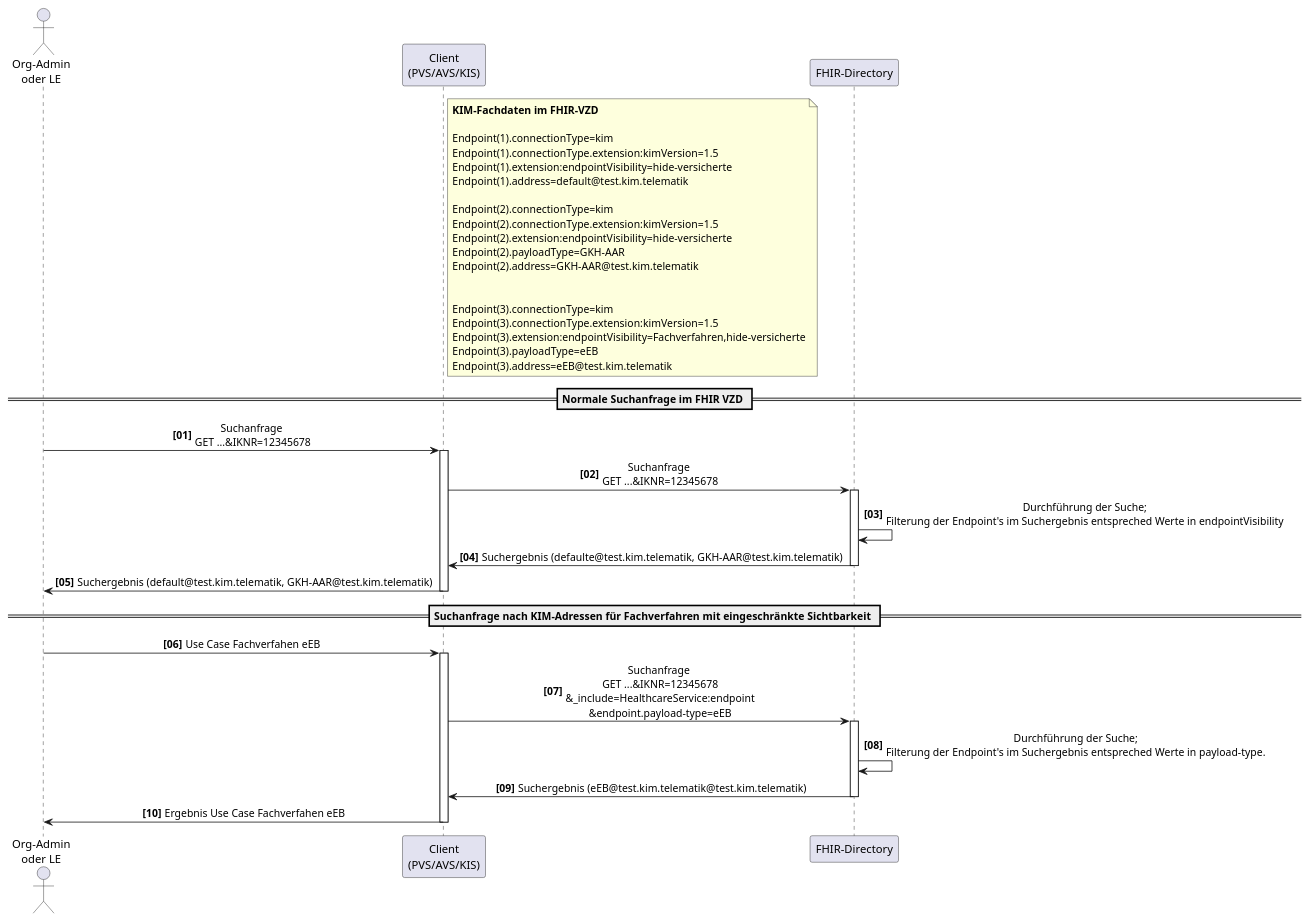
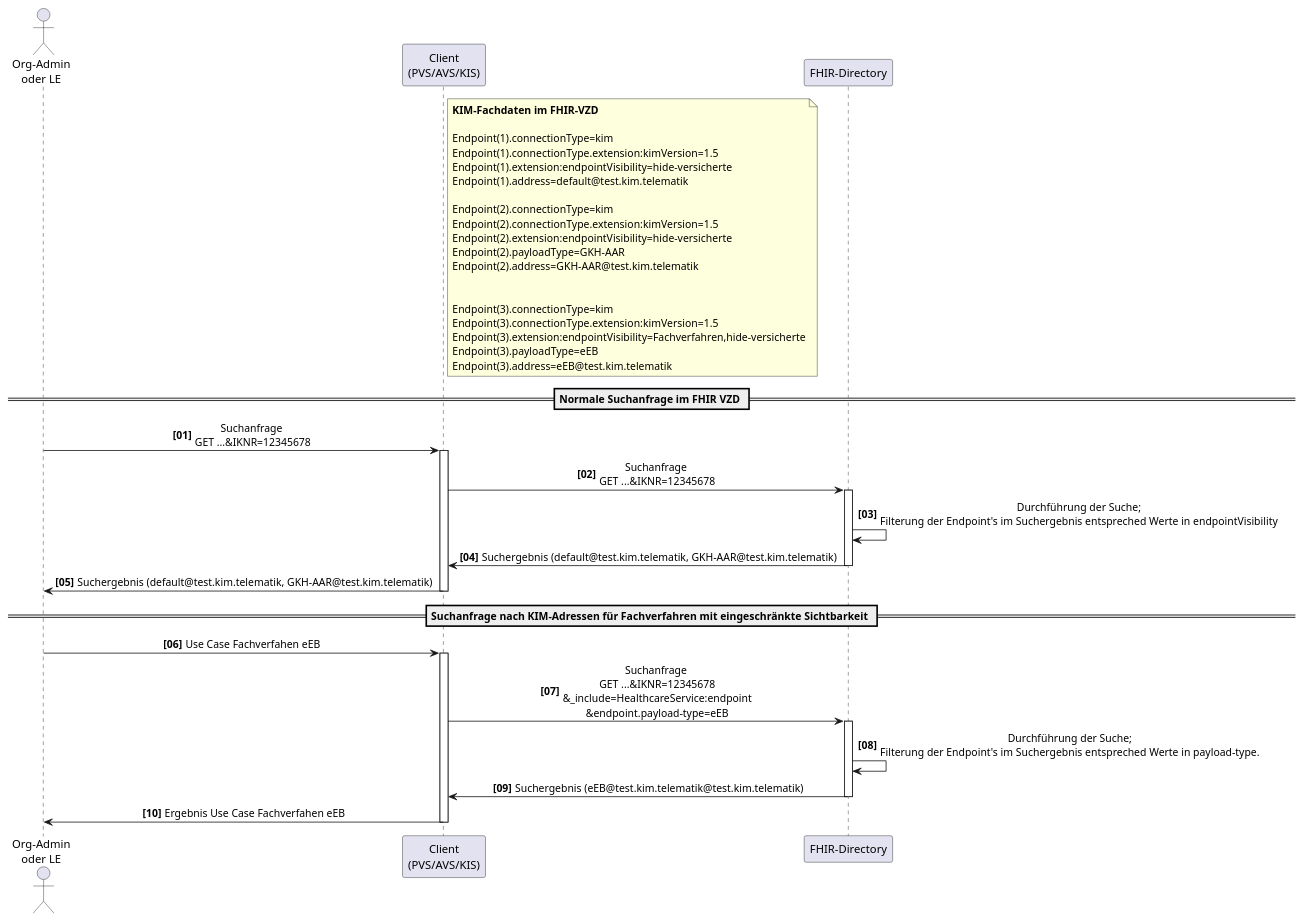
The diagram in src/plantuml/SequenceDiagram.FHIR_AF_10472_appTagSuche.puml (gematik/api-vzd), drawn with PlantUML before and after one commit.

```diff
--- a/src/plantuml/SequenceDiagram.FHIR_AF_10472_appTagSuche.puml
+++ b/src/plantuml/SequenceDiagram.FHIR_AF_10472_appTagSuche.puml
@@ -1,59 +1,59 @@
 @startuml
 skinparam dpi 100
 skinparam WrapWidth 200
 skinparam sequenceMessageAlign center
 autonumber "<b>[00]"
 
 'title "FHIR-Directory, Sequenzdiagram SSP Authenticate mit Passwort"
 actor o as "Org-Admin\noder LE"
 participant cl as "Client\n(PVS/AVS/KIS)"
 participant fd as "FHIR-Directory"
 
 note right of cl
 **KIM-Fachdaten im FHIR-VZD**
 
 Endpoint(1).connectionType=kim
 Endpoint(1).connectionType.extension:kimVersion=1.5
 Endpoint(1).extension:endpointVisibility=hide-versicherte
 Endpoint(1).address=default@test.kim.telematik
 
 Endpoint(2).connectionType=kim
 Endpoint(2).connectionType.extension:kimVersion=1.5
 Endpoint(2).extension:endpointVisibility=hide-versicherte
 Endpoint(2).payloadType=GKH-AAR
 Endpoint(2).address=GKH-AAR@test.kim.telematik
 
 
 Endpoint(3).connectionType=kim
 Endpoint(3).connectionType.extension:kimVersion=1.5
 Endpoint(3).extension:endpointVisibility=Fachverfahren,hide-versicherte
 Endpoint(3).payloadType=eEB
 Endpoint(3).address=eEB@test.kim.telematik
 end note
 
 == Normale Suchanfrage im FHIR VZD ==
 
 o -> cl: Suchanfrage \nGET ...&IKNR=12345678
 activate cl
 cl -> fd: Suchanfrage \nGET ...&IKNR=12345678
 activate fd
 fd -> fd: Durchführung der Suche;\nFilterung der Endpoint's im Suchergebnis entspreched Werte in endpointVisibility
-fd -> cl: Suchergebnis (defaulte@test.kim.telematik, GKH-AAR@test.kim.telematik)
+fd -> cl: Suchergebnis (default@test.kim.telematik, GKH-AAR@test.kim.telematik)
 deactivate fd
 cl -> o: Suchergebnis (default@test.kim.telematik, GKH-AAR@test.kim.telematik)
 deactivate cl
 
 
 == Suchanfrage nach KIM-Adressen für Fachverfahren mit eingeschränkte Sichtbarkeit ==
 
 o -> cl: Use Case Fachverfahen eEB
 activate cl
 cl -> fd: Suchanfrage \nGET ...&IKNR=12345678\n&_include=HealthcareService:endpoint\n&endpoint.payload-type=eEB
 activate fd
 fd -> fd: Durchführung der Suche;\nFilterung der Endpoint's im Suchergebnis entspreched Werte in payload-type. 
 fd -> cl: Suchergebnis (eEB@test.kim.telematik@test.kim.telematik)
 deactivate fd
 cl -> o: Ergebnis Use Case Fachverfahen eEB
 deactivate cl
 
 @enduml
```
